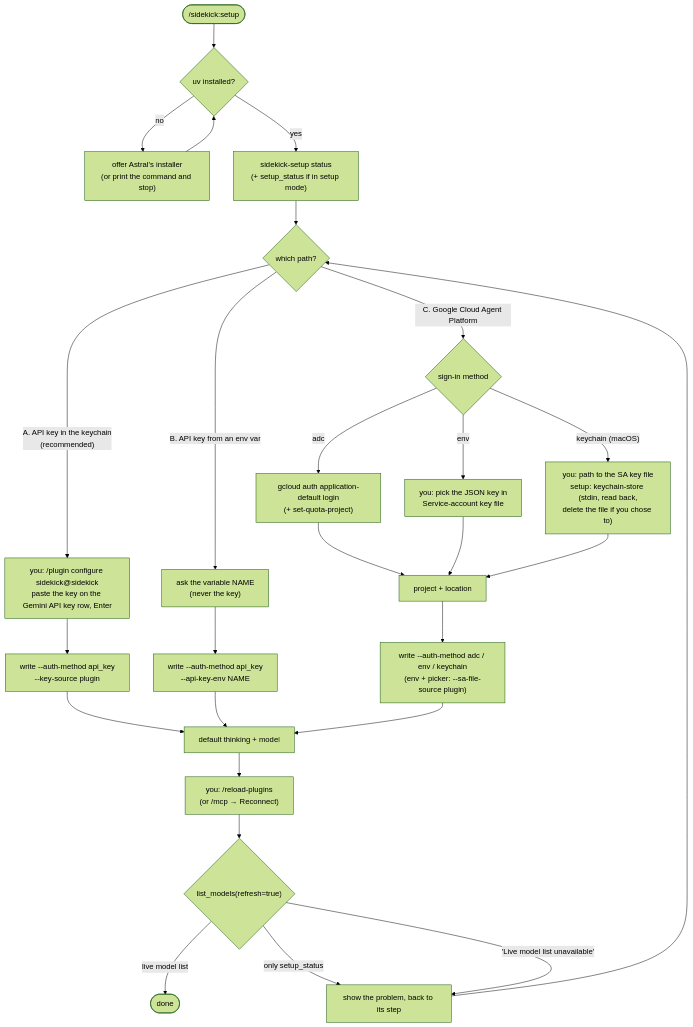
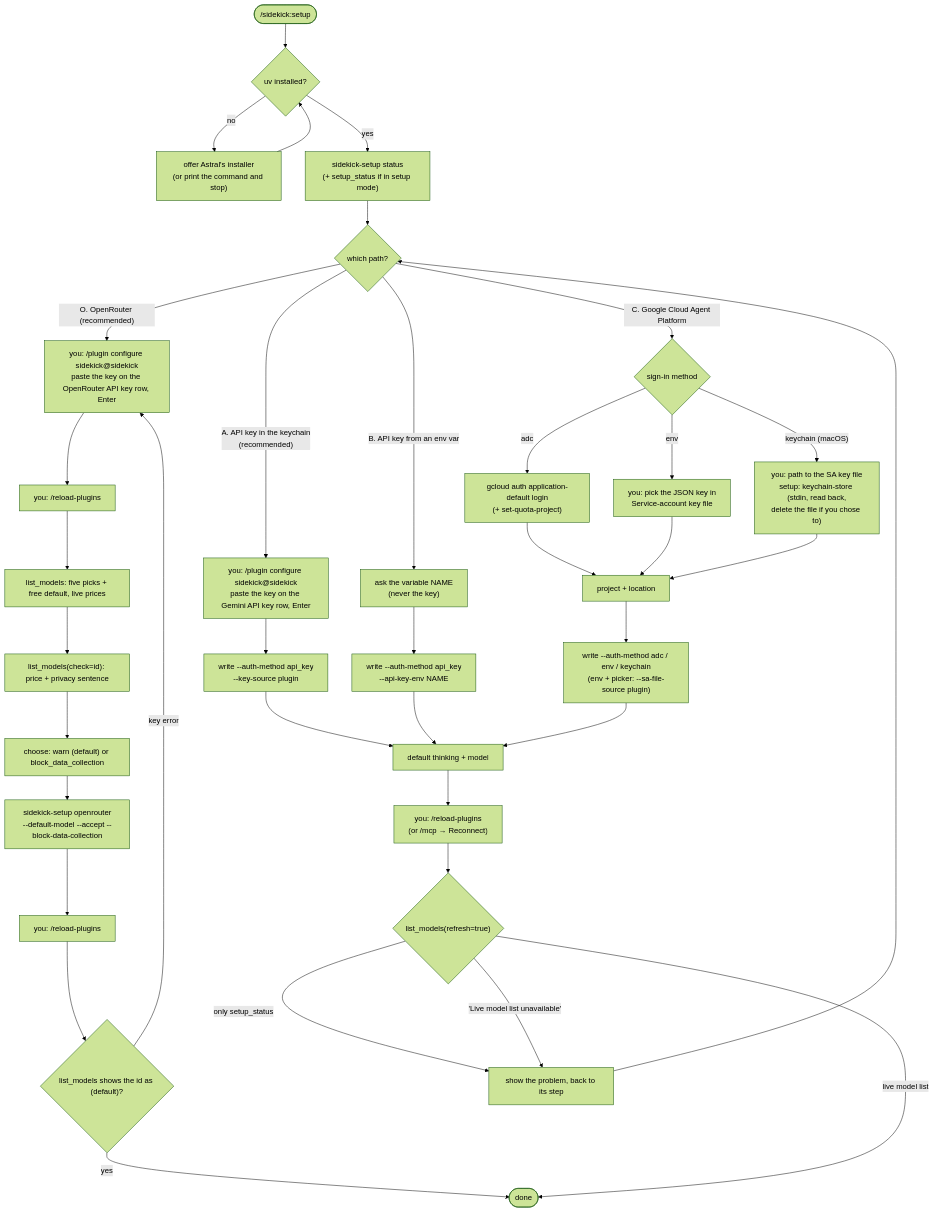
One commit to FlintAndFilament/sidekick changed the diagram in docs/diagrams/setup-flow.mermaid. Above: the diagram before and after it, drawn with Mermaid (forest theme). The commit also changed 15 other files, not shown here.

First line of the commit message:
docs: OpenRouter backend: plugin description, auth, configuration, tools, diagrams

```diff
--- a/docs/diagrams/setup-flow.mermaid
+++ b/docs/diagrams/setup-flow.mermaid
@@ -1,31 +1,42 @@
 flowchart TD
     RUN(["/sidekick:setup"]) --> UV{"uv installed?"}
     UV -->|no| UVI["offer Astral's installer<br/>(or print the command and stop)"]
     UVI --> UV
     UV -->|yes| ST["sidekick-setup status<br/>(+ setup_status if in setup mode)"]
     ST --> PATH{"which path?"}
+
+    PATH -->|"O. OpenRouter (recommended)"| O1["you: /plugin configure sidekick@sidekick<br/>paste the key on the OpenRouter API key row, Enter"]
+    O1 --> O2["you: /reload-plugins"]
+    O2 --> O3["list_models: five picks + free default, live prices"]
+    O3 --> O4["list_models(check=id): price + privacy sentence"]
+    O4 --> O5["choose: warn (default) or block_data_collection"]
+    O5 --> O6["sidekick-setup openrouter<br/>--default-model --accept --block-data-collection"]
+    O6 --> O7["you: /reload-plugins"]
+    O7 --> OV{"list_models shows the id as (default)?"}
+    OV -->|yes| OK
+    OV -->|"key error"| O1
 
     PATH -->|"A. API key in the keychain<br/>(recommended)"| A1["you: /plugin configure sidekick@sidekick<br/>paste the key on the Gemini API key row, Enter"]
     A1 --> A2["write --auth-method api_key<br/>--key-source plugin"]
 
     PATH -->|"B. API key from an env var"| B1["ask the variable NAME<br/>(never the key)"]
     B1 --> B2["write --auth-method api_key<br/>--api-key-env NAME"]
 
     PATH -->|"C. Google Cloud Agent Platform"| C0{"sign-in method"}
     C0 -->|adc| C1["gcloud auth application-default login<br/>(+ set-quota-project)"]
     C0 -->|env| C2["you: pick the JSON key in<br/>Service-account key file"]
     C0 -->|"keychain (macOS)"| C3["you: path to the SA key file<br/>setup: keychain-store (stdin, read back,<br/>delete the file if you chose to)"]
     C1 --> C4["project + location"]
     C2 --> C4
     C3 --> C4
     C4 --> C5["write --auth-method adc / env / keychain<br/>(env + picker: --sa-file-source plugin)"]
 
     A2 --> DEF["default thinking + model"]
     B2 --> DEF
     C5 --> DEF
     DEF --> RL["you: /reload-plugins<br/>(or /mcp → Reconnect)"]
     RL --> V{"list_models(refresh=true)"}
     V -->|"live model list"| OK(["done"])
     V -->|"only setup_status"| FIX["show the problem, back to its step"]
     V -->|"'Live model list unavailable'"| FIX
     FIX --> PATH
```
